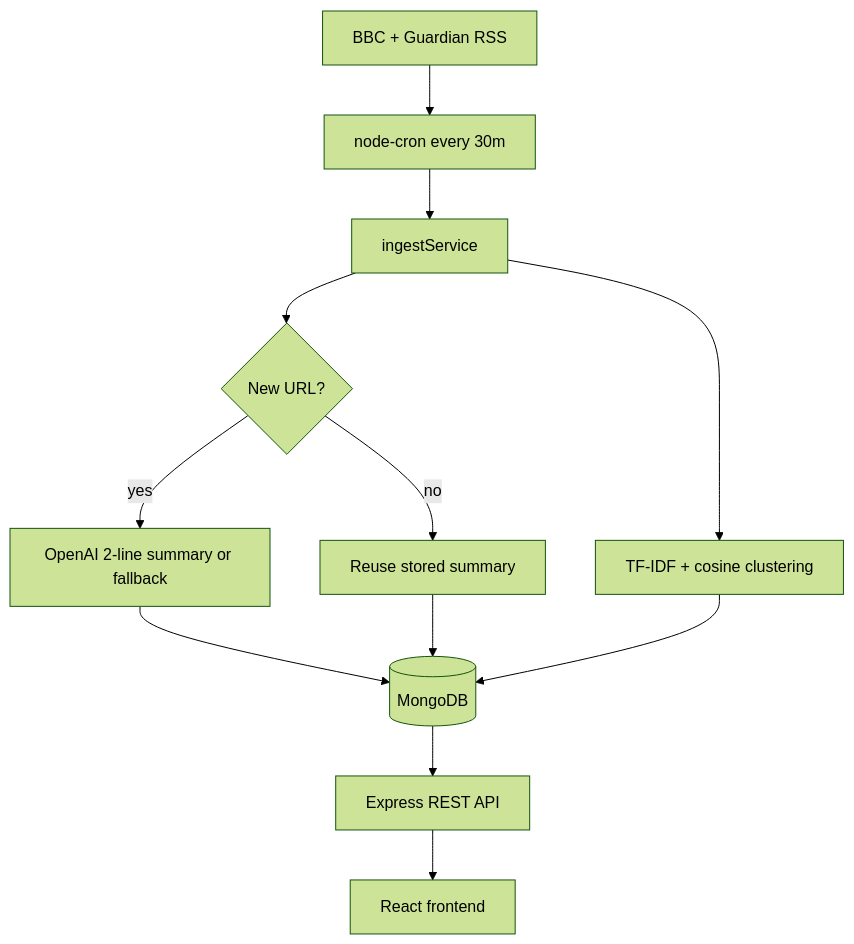
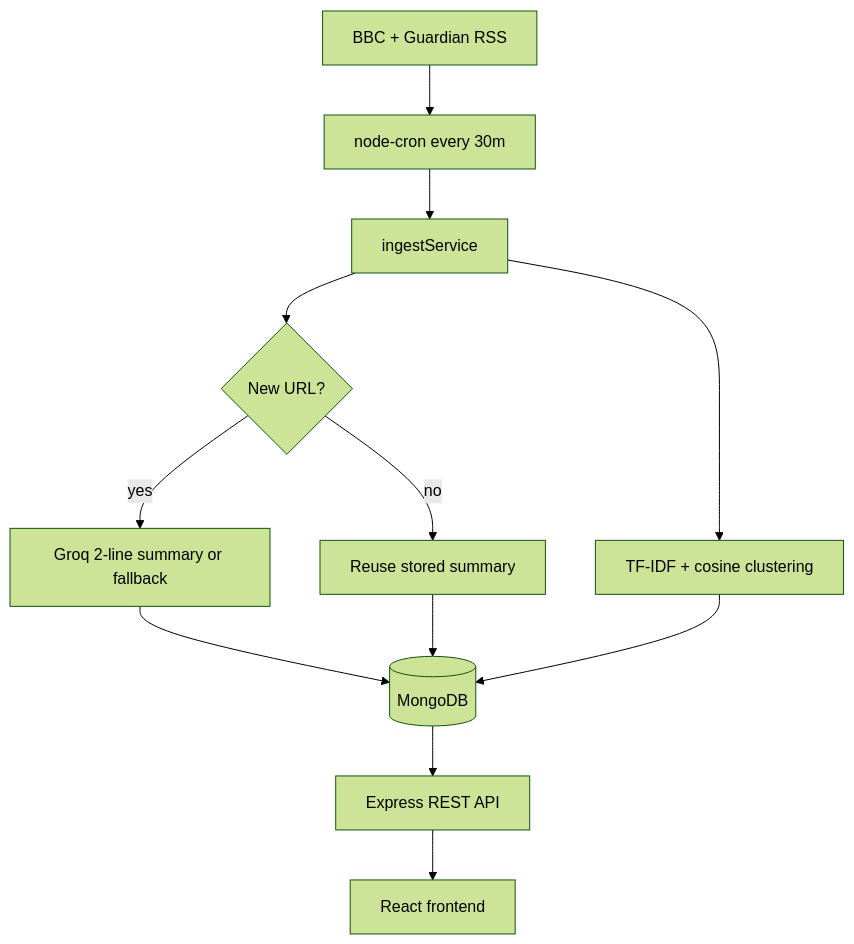
Before and after one commit to divyanshsingh07/Multi-Source-News-Digest-API: the diagram in README.md, drawn with Mermaid (forest theme). The commit also changed other lines of this file and 3 other files, not shown here.

Commit message:
open ai to groq api key shift

````diff
--- a/README.md
+++ b/README.md
@@ -309,14 +309,14 @@
 ```mermaid
 flowchart TB
   RSS[BBC + Guardian RSS] --> Cron[node-cron every 30m]
   Cron --> Ingest[ingestService]
   Ingest --> New{New URL?}
-  New -->|yes| LLM[OpenAI 2-line summary or fallback]
+  New -->|yes| LLM[Groq 2-line summary or fallback]
   New -->|no| Skip[Reuse stored summary]
   LLM --> Store[(MongoDB)]
   Skip --> Store
   Ingest --> Cluster[TF-IDF + cosine clustering]
   Cluster --> Store
   Store --> API[Express REST API]
   API --> UI[React frontend]
 ```
````
